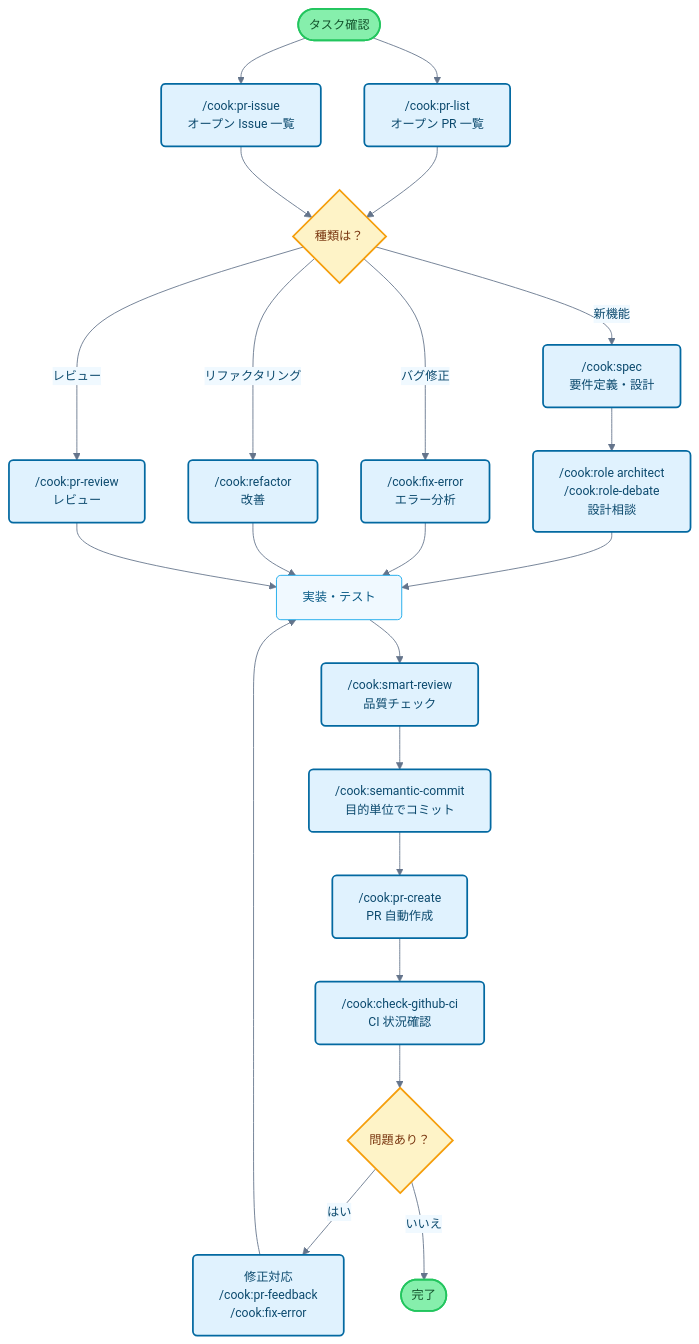
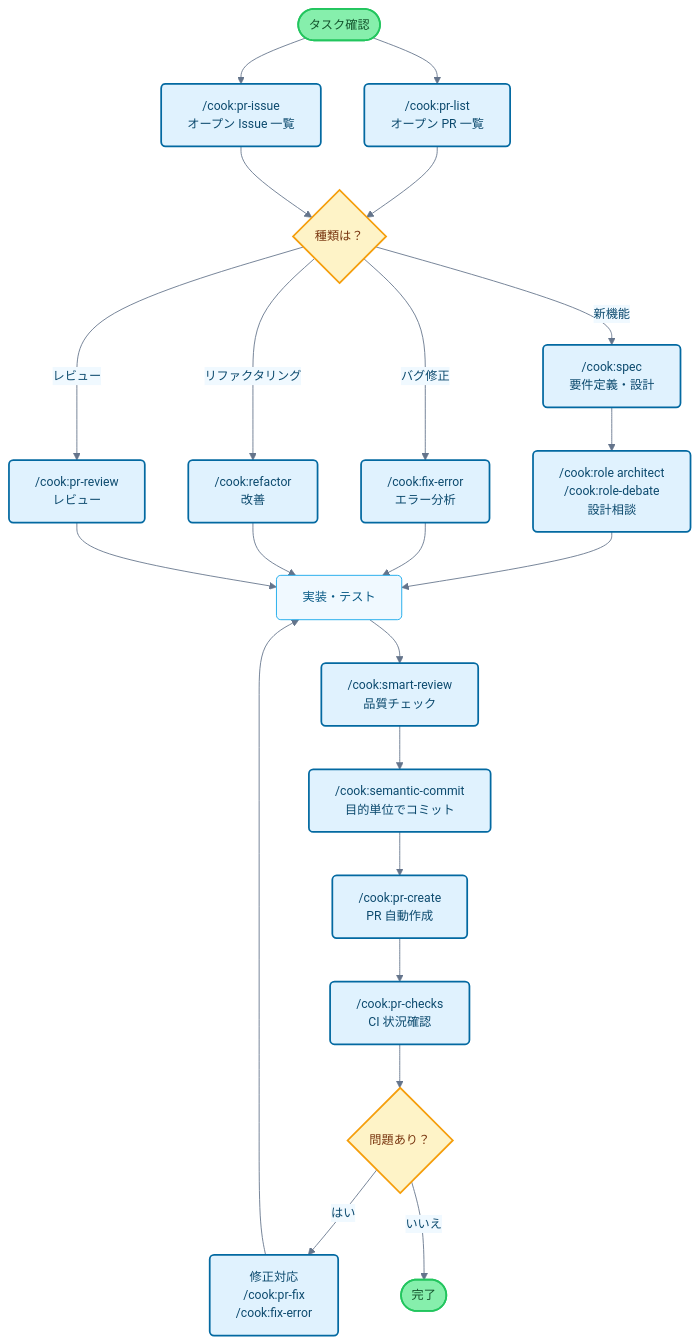
The diagram in plugins/ja/README.md (wasabeef/claude-code-cookbook), drawn with Mermaid before and after one commit. The commit also changed other lines of this file and 337 other files, not shown here.

````diff
--- a/plugins/ja/README.md
+++ b/plugins/ja/README.md
@@ -116,42 +116,42 @@
 ```mermaid
 flowchart TB
     Start([タスク確認]) --> PRList["/cook:pr-list<br/>オープン PR 一覧"]
     Start --> PRIssue["/cook:pr-issue<br/>オープン Issue 一覧"]
 
     PRList --> TaskType{種類は？}
     PRIssue --> TaskType
 
     TaskType -->|新機能| Plan["/cook:spec<br/>要件定義・設計"]
     TaskType -->|バグ修正| Fix["/cook:fix-error<br/>エラー分析"]
     TaskType -->|リファクタリング| Refactor["/cook:refactor<br/>改善"]
     TaskType -->|レビュー| Review["/cook:pr-review<br/>レビュー"]
 
     Plan --> Design["/cook:role architect<br/>/cook:role-debate<br/>設計相談"]
     Design --> Implementation[実装・テスト]
     Fix --> Implementation
     Refactor --> Implementation
     Review --> Implementation
 
     Implementation --> Check["/cook:smart-review<br/>品質チェック"]
     Check --> Commit["/cook:semantic-commit<br/>目的単位でコミット"]
     Commit --> PR["/cook:pr-create<br/>PR 自動作成"]
-    PR --> CI["/cook:check-github-ci<br/>CI 状況確認"]
+    PR --> CI["/cook:pr-checks<br/>CI 状況確認"]
 
     CI --> Status{問題あり？}
-    Status -->|はい| Feedback["修正対応<br/>/cook:pr-feedback<br/>/cook:fix-error"]
+    Status -->|はい| Feedback["修正対応<br/>/cook:pr-fix<br/>/cook:fix-error"]
     Status -->|いいえ| End([完了])
 
     Feedback --> Implementation
 
     classDef commandBox fill:#e0f2fe,stroke:#0369a1,stroke-width:2px,rx:5,ry:5,color:#0c4a6e
     classDef processBox fill:#f0f9ff,stroke:#0ea5e9,stroke-width:1px,rx:5,ry:5,color:#075985
     classDef decisionBox fill:#fef3c7,stroke:#f59e0b,stroke-width:2px,rx:5,ry:5,color:#78350f
     classDef startEnd fill:#86efac,stroke:#22c55e,stroke-width:2px,rx:20,ry:20,color:#14532d
 
     class PRList,PRIssue,Plan,Fix,Refactor,Review,Design,Check,CI,Commit,PR,Feedback commandBox
     class Implementation processBox
     class TaskType,Status decisionBox
     class Start,End startEnd
 
     %%{init: {'theme':'base', 'themeVariables': { 'primaryColor':'#e0f2fe', 'primaryTextColor':'#0c4a6e', 'primaryBorderColor':'#0369a1', 'lineColor':'#64748b', 'secondaryColor':'#f0f9ff', 'background':'#ffffff', 'mainBkg':'#ffffff', 'fontSize': '14px'}}}%%
 ```
````
